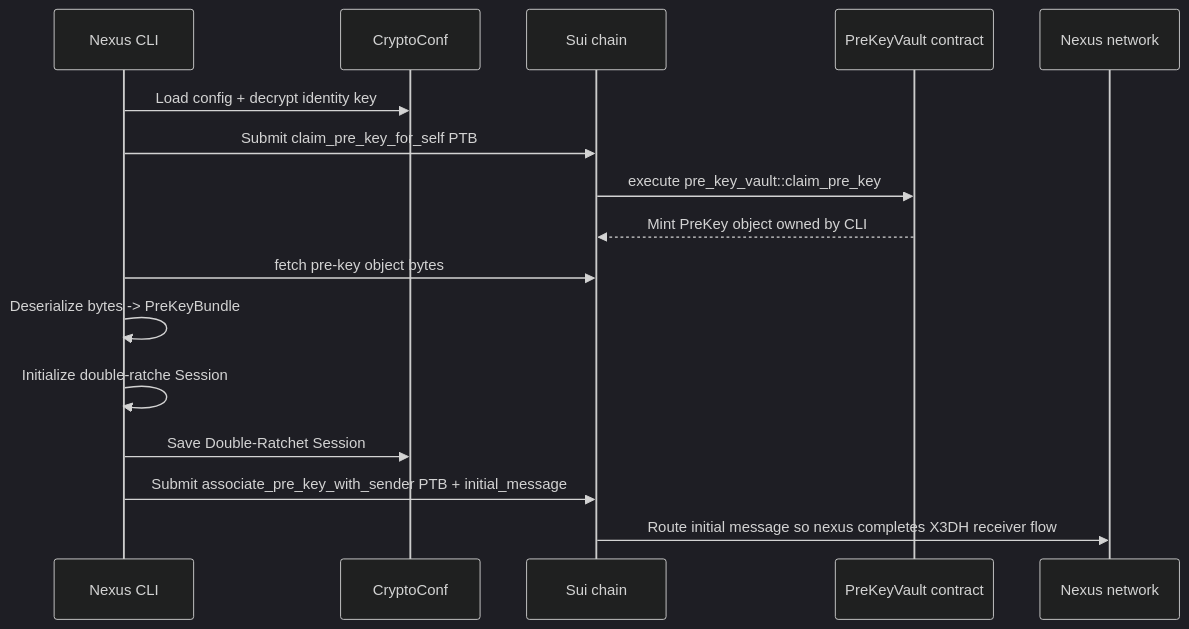
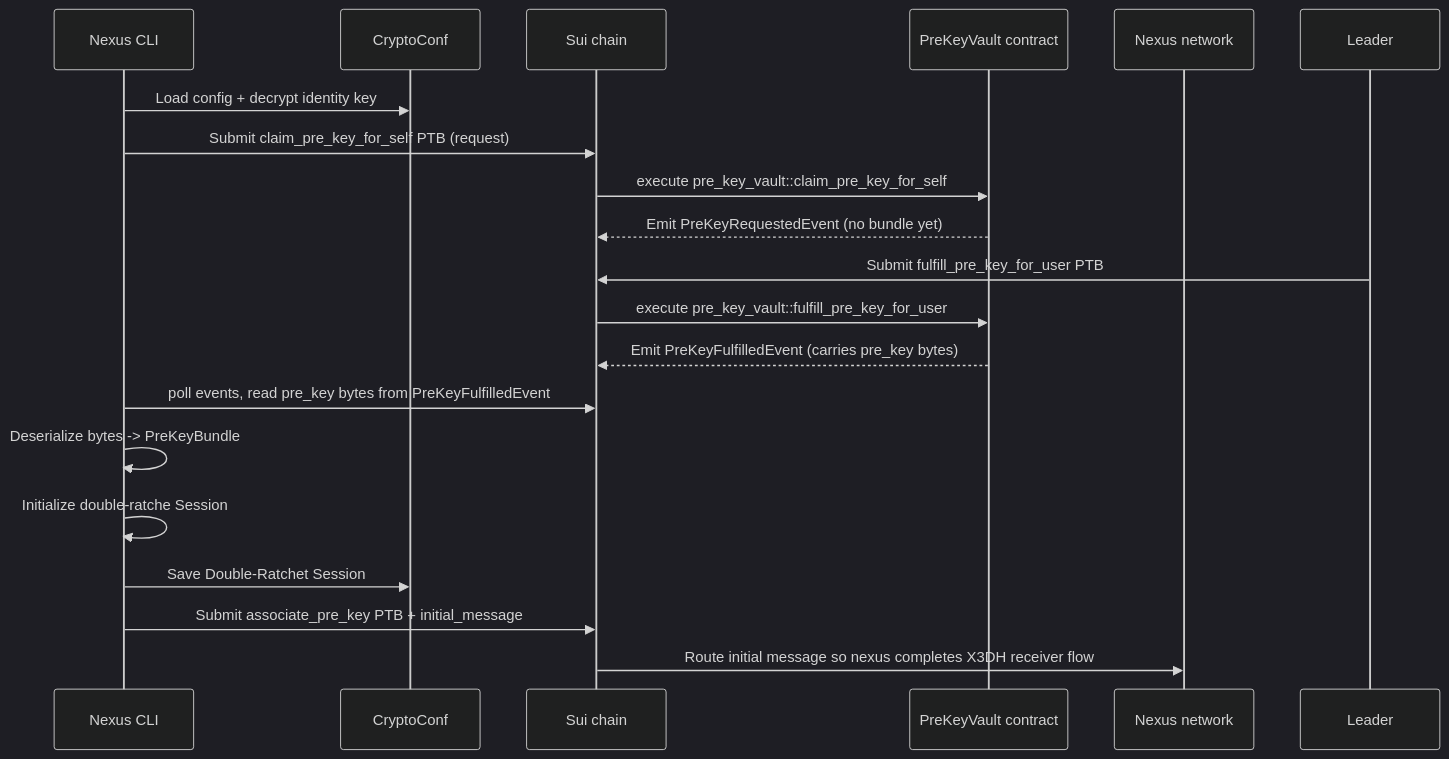
Before and after one commit to Talus-Network/gitbook-docs: the diagram in nexus-sdk/guides/setup.md, drawn with Mermaid (dark theme). The commit also changed other lines of this file, not shown here.

Commit message:
Docs update from nexus-sdk (#173)
* Update docs from nexus-sdk (commit: ba888a7f1b04bc6a43d300d067cdac3066853112)

* chore(docs): format markdown links

---------

````diff
--- a/nexus-sdk/guides/setup.md
+++ b/nexus-sdk/guides/setup.md
@@ -188,19 +188,22 @@
 ```mermaid
 sequenceDiagram
     participant CLI as Nexus CLI
     participant Conf as CryptoConf
     participant Sui as Sui chain
     participant Vault as PreKeyVault contract
     participant Network as Nexus network
 
     CLI->>Conf: Load config + decrypt identity key
-    CLI->>Sui: Submit claim_pre_key_for_self PTB
-    Sui->>Vault: execute pre_key_vault::claim_pre_key
-    Vault-->>Sui: Mint PreKey object owned by CLI
-    CLI->>Sui: fetch pre-key object bytes
+    CLI->>Sui: Submit claim_pre_key_for_self PTB (request)
+    Sui->>Vault: execute pre_key_vault::claim_pre_key_for_self
+    Vault-->>Sui: Emit PreKeyRequestedEvent (no bundle yet)
+    Leader->>Sui: Submit fulfill_pre_key_for_user PTB
+    Sui->>Vault: execute pre_key_vault::fulfill_pre_key_for_user
+    Vault-->>Sui: Emit PreKeyFulfilledEvent (carries pre_key bytes)
+    CLI->>Sui: poll events, read pre_key bytes from PreKeyFulfilledEvent
     CLI->>CLI: Deserialize bytes -> PreKeyBundle
     CLI->>CLI: Initialize double-ratche Session
     CLI->>Conf: Save Double-Ratchet Session
-    CLI->>Sui: Submit associate_pre_key_with_sender PTB + initial_message
+    CLI->>Sui: Submit associate_pre_key PTB + initial_message
     Sui->>Network: Route initial message so nexus completes X3DH receiver flow
 ```
````
